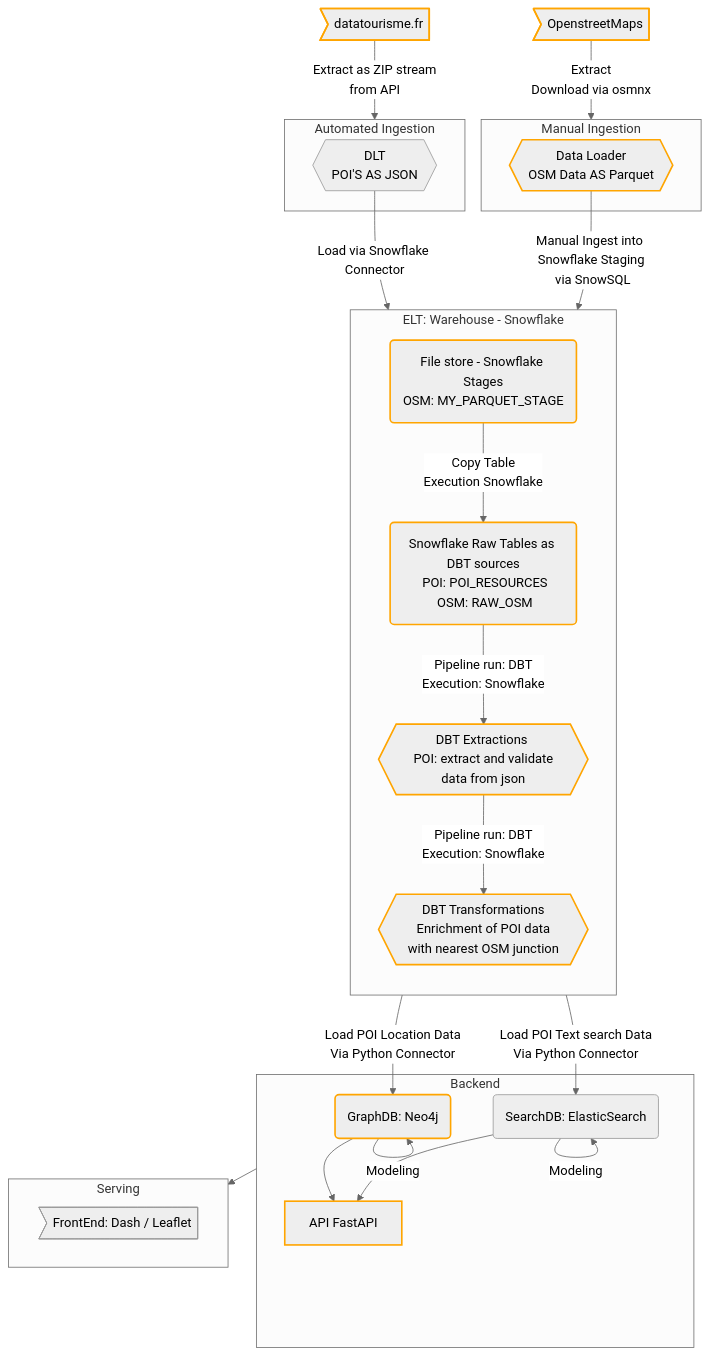
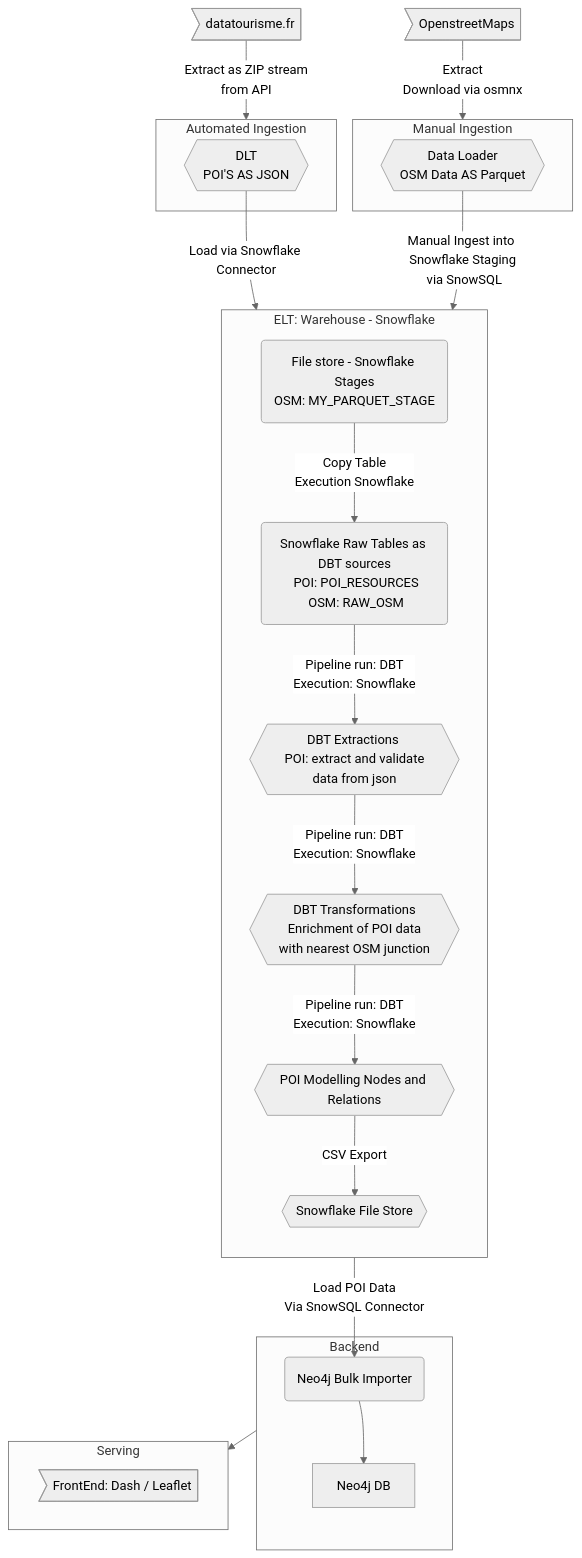
The first of 2 diagrams in README.md (MatthausHaberkorn/de_dbtsnow_poi), drawn with Mermaid (neutral theme) before and after one commit. The commit also changed other lines of this file and 4 other files, not shown here.

````diff
--- a/README.md
+++ b/README.md
@@ -136,41 +136,39 @@
 ```mermaid
 flowchart TB
     id1>datatourisme.fr]
     id3>OpenstreetMaps]
     subgraph  id10 [Manual Ingestion]
         id2{{Data Loader\nOSM Data AS Parquet}}
     end
 
     id3-- Extract\n Download via osmnx -->id10
 
     subgraph id40 [Automated Ingestion]
         id41{{DLT\nPOI'S AS JSON}}
     end
     id41-- Load via Snowflake Connector-->id31
     id1 -- Extract as ZIP stream\nfrom API -->id40
     subgraph id14 [ELT: Warehouse - Snowflake]
-    direction TB
+        direction TB
         id21(File store - Snowflake Stages\nOSM: MY_PARQUET_STAGE)--Copy Table\nExecution Snowflake-->
         id31(Snowflake Raw Tables as DBT sources\n POI: POI_RESOURCES\n OSM: RAW_OSM)--Pipeline run: DBT\n Execution: Snowflake  -->
         id22{{DBT Extractions \n POI: extract and validate data from json }}--Pipeline run: DBT\n Execution: Snowflake  -->
         id23{{DBT Transformations\n Enrichment of POI data with nearest OSM junction}}
+        id23-- Pipeline run: DBT\n Execution: Snowflake -->id24{{POI Modelling Nodes and Relations}}
+        id24--CSV Export-->id25{{Snowflake File Store}}
     end
 
     id2 -- Manual Ingest into Snowflake Staging\n via SnowSQL --> id21
     subgraph id12 [Backend]
-        id6(GraphDB: Neo4j) --> id7[API FastAPI]
-        id8(SearchDB: ElasticSearch) --> id7
+
+        id6(Neo4j Bulk Importer) --> id7[Neo4j DB]
     end
 
-    id14 -- Load POI Location Data\n Via Python Connector --> id6
-    id14 -- Load POI Text search Data\n Via Python Connector  --> id8
-    id6 -- Modeling --> id6
-    id8 -- Modeling --> id8
+    id25 -- Load POI Data\n Via SnowSQL Connector --> id6
+
     subgraph id13 [Serving]
         id9>FrontEnd: Dash / Leaflet]
     end
     id12 --> id13
 
-classDef myClass stroke:#ffa500,stroke-width:2px;
-class id1,id2,id3,id21,id22,id23,id6,id7,id31 myClass;
 ```
````
